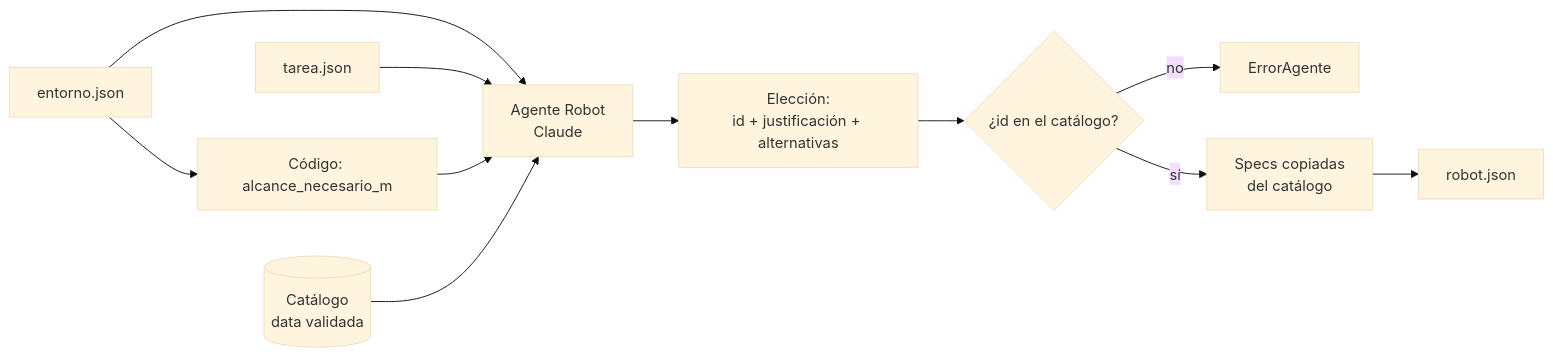
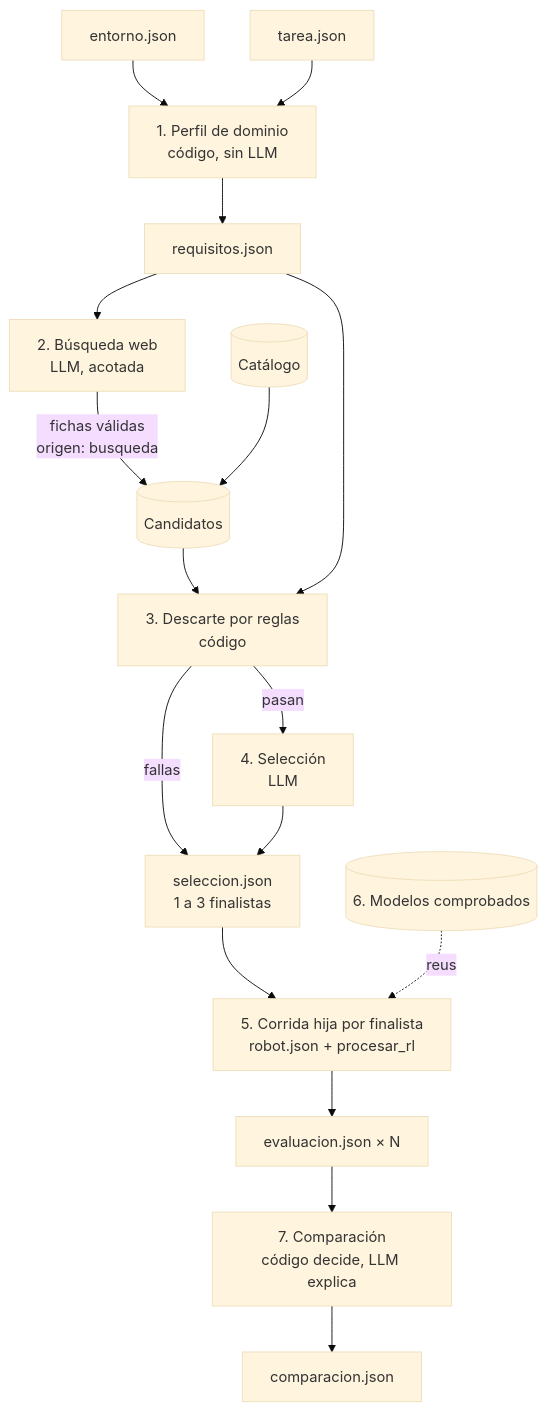
Before and after one commit to platanus-hack/platanus-hack-26-cl-team-4: the first of 2 diagrams in docs/agentes/seleccion-robot.md, drawn with Mermaid (base theme). The commit also changed other lines of this file and 2 other files, not shown here.

First line of the commit message:
docs(agentes): contrato v3 de la selección de robot

````diff
--- a/docs/agentes/seleccion-robot.md
+++ b/docs/agentes/seleccion-robot.md
@@ -6,13 +26,19 @@
 ```mermaid
-flowchart LR
-  E[entorno.json] --> C["Código: alcance_necesario_m"]
-  E --> A["Agente Robot<br/>Claude"]
-  T[tarea.json] --> A
-  C --> A
-  CAT[("Catálogo<br/>data validada")] --> A
-  A --> EL["Elección:<br/>id + justificación + alternativas"]
-  EL --> O{"¿id en el catálogo?"}
-  O -->|no| X[ErrorAgente]
-  O -->|sí| M["Specs copiadas<br/>del catálogo"]
-  M --> R[robot.json]
+flowchart TD
+  E[entorno.json] --> P["1. Perfil de dominio<br/>código, sin LLM"]
+  T[tarea.json] --> P
+  P --> RQ[requisitos.json]
+  RQ --> B["2. Búsqueda web<br/>LLM, acotada"]
+  B -->|fichas válidas<br/>origen: busqueda| CAND[(Candidatos)]
+  CAT[(Catálogo)] --> CAND
+  CAND --> D["3. Descarte por reglas<br/>código"]
+  RQ --> D
+  D -->|pasan| S["4. Selección<br/>LLM"]
+  D -->|fallas| SEL
+  S --> SEL["seleccion.json<br/>1 a 3 finalistas"]
+  SEL --> H["5. Corrida hija por finalista<br/>robot.json + procesar_rl"]
+  REG[("6. Modelos comprobados")] -.reuso.-> H
+  H --> EV[evaluacion.json × N]
+  EV --> C["7. Comparación<br/>código decide, LLM explica"]
+  C --> CO[comparacion.json]
 ```
````
